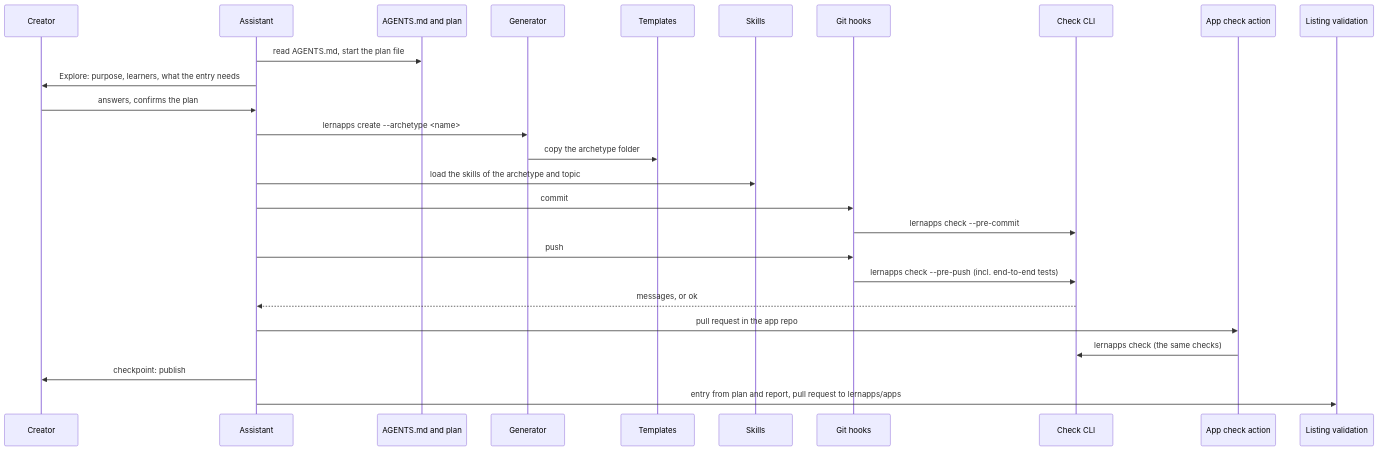
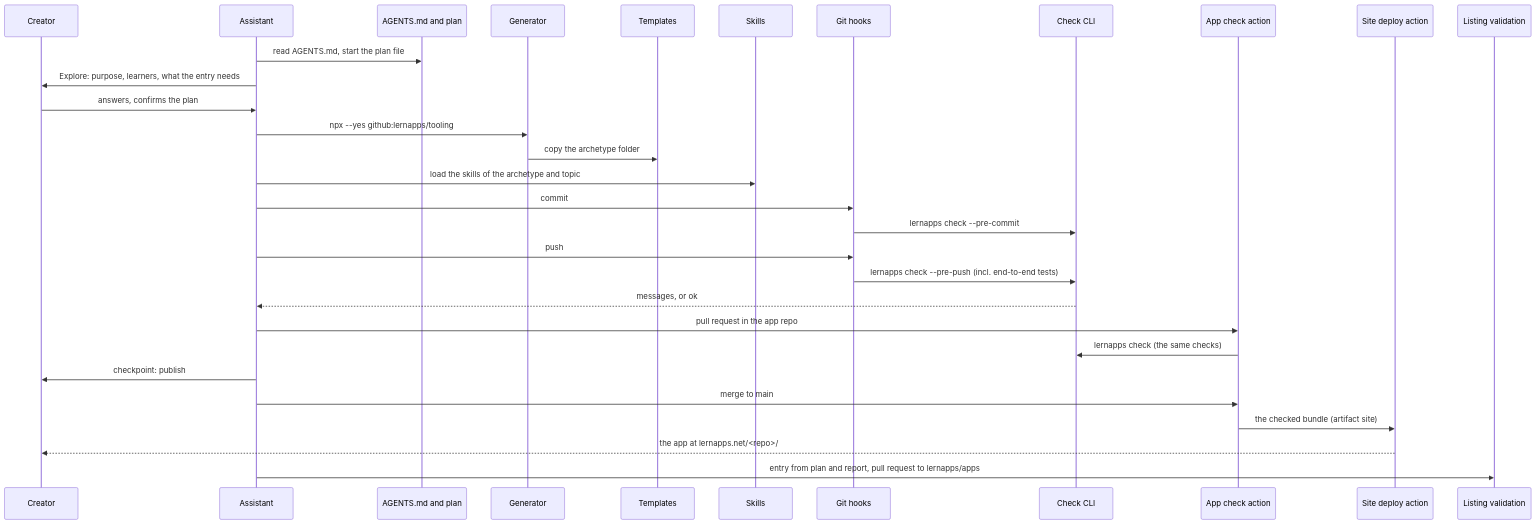
The first of 4 diagrams in docs/arc42/06-runtime-view.arc42.md (lernapps/tooling), drawn with Mermaid before and after one commit. The commit also changed other lines of this file and 17 other files, not shown here.

````diff
--- a/docs/arc42/06-runtime-view.arc42.md
+++ b/docs/arc42/06-runtime-view.arc42.md
@@ -31,28 +31,32 @@
 ```mermaid
 sequenceDiagram
     participant creator as Creator
     participant assistant as Assistant
     participant guidance as AGENTS.md and plan
     participant generator as Generator
     participant templates as Templates
     participant skills as Skills
     participant hooks as Git hooks
     participant check as Check CLI
     participant ci as App check action
+    participant publish as Site deploy action
     participant listing as Listing validation
     assistant->>guidance: read AGENTS.md, start the plan file
     assistant->>creator: Explore: purpose, learners, what the entry needs
     creator->>assistant: answers, confirms the plan
-    assistant->>generator: lernapps create --archetype <name>
+    assistant->>generator: npx --yes github:lernapps/tooling#main create --archetype <name>
     generator->>templates: copy the archetype folder
     assistant->>skills: load the skills of the archetype and topic
     assistant->>hooks: commit
     hooks->>check: lernapps check --pre-commit
     assistant->>hooks: push
     hooks->>check: lernapps check --pre-push (incl. end-to-end tests)
     check-->>assistant: messages, or ok
     assistant->>ci: pull request in the app repo
     ci->>check: lernapps check (the same checks)
     assistant->>creator: checkpoint: publish
+    assistant->>ci: merge to main
+    ci->>publish: the checked bundle (artifact site)
+    publish-->>creator: the app at lernapps.net/<repo>/
     assistant->>listing: entry from plan and report, pull request to lernapps/apps
 ```
````
